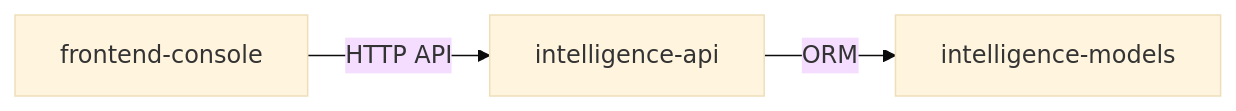
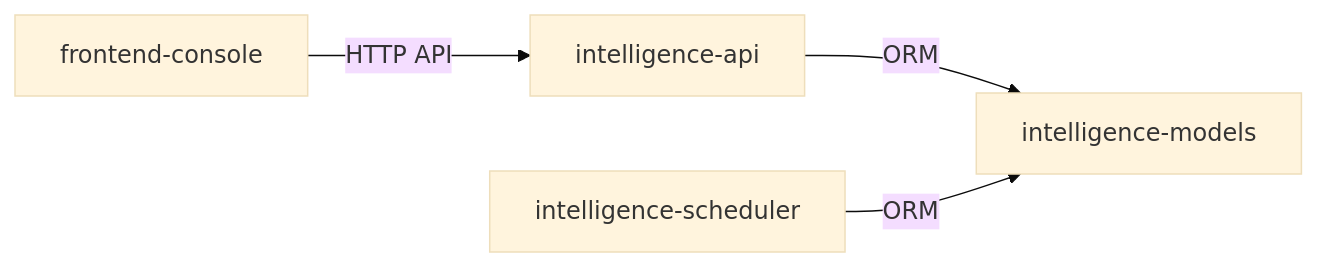
The diagram in .aisdlc/project/components/index.md (Melody4j/ai-workshop), drawn with Mermaid (base theme) before and after one commit. The commit also changed other lines of this file and 12 other files, not shown here.

````diff
--- a/.aisdlc/project/components/index.md
+++ b/.aisdlc/project/components/index.md
@@ -11,5 +12,6 @@
 ```mermaid
 graph LR
   frontend_console["frontend-console"] -->|HTTP API| intelligence_api["intelligence-api"]
   intelligence_api -->|ORM| intelligence_models["intelligence-models"]
+  intelligence_scheduler["intelligence-scheduler"] -->|ORM| intelligence_models["intelligence-models"]
 ```
````
